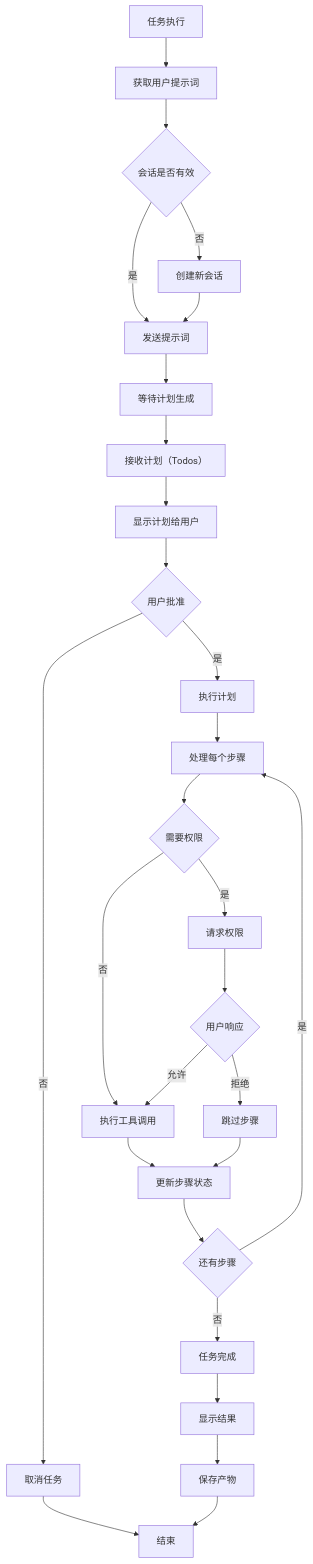
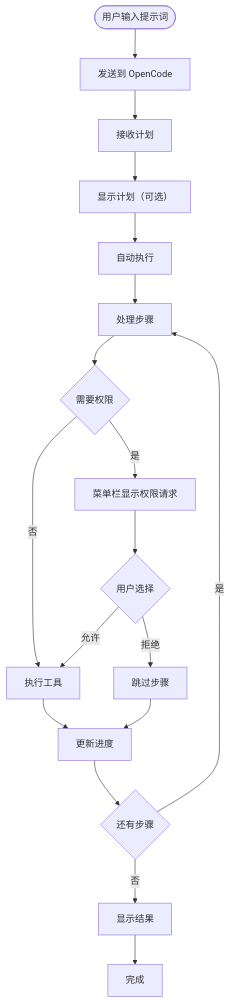
The second of 2 diagrams in 流程图.md (zhangs-cedar/openwork), drawn with Mermaid before and after one commit. The commit also changed other lines of this file, not shown here.

Commit message:
docs: 更新 OpenWork 处理流程图，简化核心流程并优化权限处理逻辑

````diff
--- a/流程图.md
+++ b/流程图.md
@@ -158,40 +31,26 @@
 ```mermaid
 flowchart TD
-    StartNode["任务执行"] --> GetPrompt["获取用户提示词"]
-    GetPrompt --> ValidateSession{"会话是否有效"}
+    Start(["用户输入提示词"]) --> SendPrompt["发送到 OpenCode"]
+    SendPrompt --> ReceivePlan["接收计划"]
+    ReceivePlan --> ShowPlan["显示计划（可选）"]
+    ShowPlan --> AutoExecute["自动执行"]
     
-    ValidateSession -->|否| CreateSession["创建新会话"]
-    ValidateSession -->|是| SendPrompt["发送提示词"]
-    
-    CreateSession --> SendPrompt
-    
-    SendPrompt --> WaitPlan["等待计划生成"]
-    WaitPlan --> ReceivePlan["接收计划（Todos）"]
-    ReceivePlan --> ShowPlan["显示计划给用户"]
-    
-    ShowPlan --> UserApprove{"用户批准"}
-    UserApprove -->|否| CancelTask["取消任务"]
-    UserApprove -->|是| ExecutePlan["执行计划"]
-    
-    ExecutePlan --> ProcessStep["处理每个步骤"]
+    AutoExecute --> ProcessStep["处理步骤"]
     ProcessStep --> CheckPermission{"需要权限"}
     
-    CheckPermission -->|是| RequestPermission["请求权限"]
-    CheckPermission -->|否| ExecuteTool["执行工具调用"]
+    CheckPermission -->|是| ShowMenu["菜单栏显示权限请求"]
+    CheckPermission -->|否| ExecuteTool["执行工具"]
     
-    RequestPermission --> UserResponse{"用户响应"}
-    UserResponse -->|允许| ExecuteTool
-    UserResponse -->|拒绝| SkipStep["跳过步骤"]
+    ShowMenu --> UserChoice{"用户选择"}
+    UserChoice -->|允许| ExecuteTool
+    UserChoice -->|拒绝| SkipStep["跳过步骤"]
     
-    ExecuteTool --> UpdateStatus["更新步骤状态"]
-    SkipStep --> UpdateStatus
-    UpdateStatus --> MoreSteps{"还有步骤"}
+    ExecuteTool --> UpdateProgress["更新进度"]
+    SkipStep --> UpdateProgress
+    UpdateProgress --> MoreSteps{"还有步骤"}
     
     MoreSteps -->|是| ProcessStep
-    MoreSteps -->|否| TaskComplete["任务完成"]
+    MoreSteps -->|否| ShowResult["显示结果"]
     
-    CancelTask --> EndNode["结束"]
-    TaskComplete --> ShowResults["显示结果"]
-    ShowResults --> SaveArtifacts["保存产物"]
-    SaveArtifacts --> EndNode
+    ShowResult --> EndNode["完成"]
 ```
````
